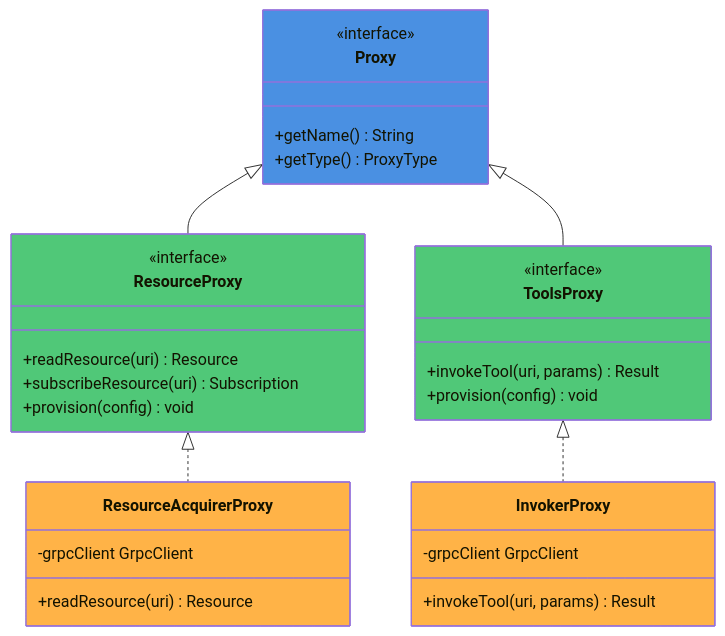
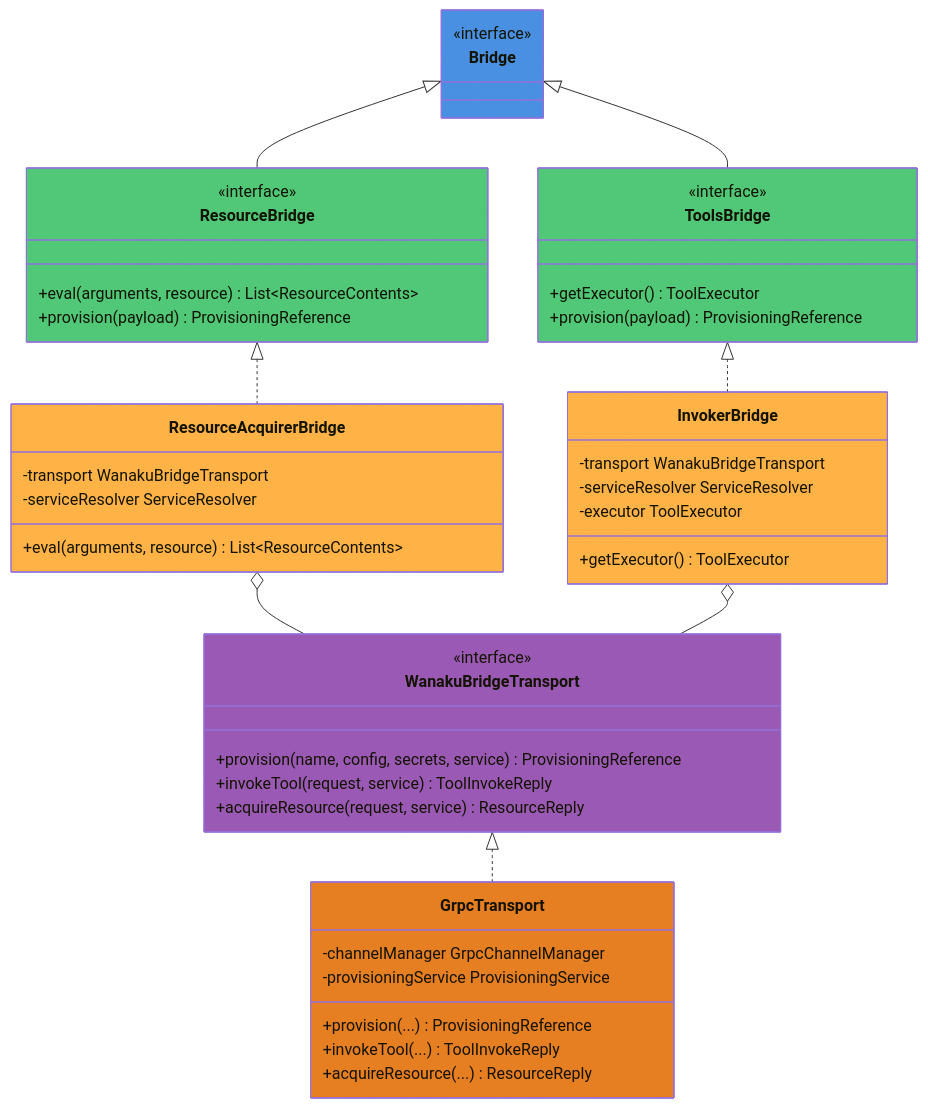
Before and after one commit to wanaku-ai/wanaku: the first of 6 diagrams in docs/wanaku-router-internals.md, drawn with Mermaid. The commit also changed other lines of this file and 25 other files, not shown here.

````diff
--- a/docs/wanaku-router-internals.md
+++ b/docs/wanaku-router-internals.md
@@ -15,42 +15,62 @@
 ```mermaid
 classDiagram
-    class Proxy {
+    class Bridge {
         <<interface>>
-        +getName() String
-        +getType() ProxyType
     }
 
-    class ResourceProxy {
+    class ResourceBridge {
         <<interface>>
-        +readResource(uri) Resource
-        +subscribeResource(uri) Subscription
-        +provision(config) void
+        +eval(arguments, resource) List~ResourceContents~
+        +provision(payload) ProvisioningReference
     }
 
-    class ToolsProxy {
+    class ToolsBridge {
         <<interface>>
-        +invokeTool(uri, params) Result
-        +provision(config) void
+        +getExecutor() ToolExecutor
+        +provision(payload) ProvisioningReference
     }
 
-    class ResourceAcquirerProxy {
-        -grpcClient GrpcClient
-        +readResource(uri) Resource
+    class WanakuBridgeTransport {
+        <<interface>>
+        +provision(name, config, secrets, service) ProvisioningReference
+        +invokeTool(request, service) ToolInvokeReply
+        +acquireResource(request, service) ResourceReply
     }
 
-    class InvokerProxy {
-        -grpcClient GrpcClient
-        +invokeTool(uri, params) Result
+    class ResourceAcquirerBridge {
+        -transport WanakuBridgeTransport
+        -serviceResolver ServiceResolver
+        +eval(arguments, resource) List~ResourceContents~
     }
 
-    Proxy <|-- ResourceProxy
-    Proxy <|-- ToolsProxy
-    ResourceProxy <|.. ResourceAcquirerProxy
-    ToolsProxy <|.. InvokerProxy
+    class InvokerBridge {
+        -transport WanakuBridgeTransport
+        -serviceResolver ServiceResolver
+        -executor ToolExecutor
+        +getExecutor() ToolExecutor
+    }
 
-    style Proxy fill:#4A90E2
-    style ResourceProxy fill:#50C878
-    style ToolsProxy fill:#50C878
-    style ResourceAcquirerProxy fill:#FFB347
-    style InvokerProxy fill:#FFB347
+    class GrpcTransport {
+        -channelManager GrpcChannelManager
+        -provisioningService ProvisioningService
+        +provision(...) ProvisioningReference
+        +invokeTool(...) ToolInvokeReply
+        +acquireResource(...) ResourceReply
+    }
+
+    Bridge <|-- ResourceBridge
+    Bridge <|-- ToolsBridge
+    ResourceBridge <|.. ResourceAcquirerBridge
+    ToolsBridge <|.. InvokerBridge
+    WanakuBridgeTransport <|.. GrpcTransport
+    ResourceAcquirerBridge o-- WanakuBridgeTransport
+    InvokerBridge o-- WanakuBridgeTransport
+
+    style Bridge fill:#4A90E2
+    style ResourceBridge fill:#50C878
+    style ToolsBridge fill:#50C878
+    style WanakuBridgeTransport fill:#9B59B6
+    style ResourceAcquirerBridge fill:#FFB347
+    style InvokerBridge fill:#FFB347
+    style GrpcTransport fill:#E67E22
 ```
````
